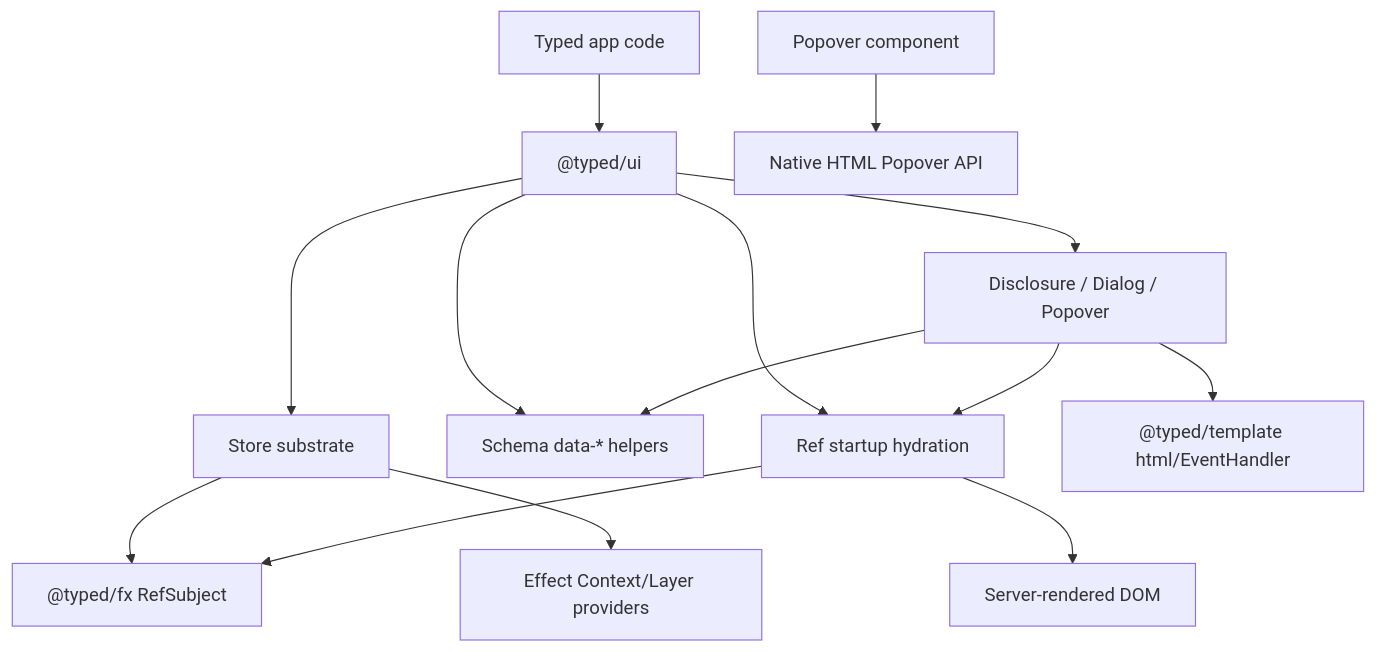
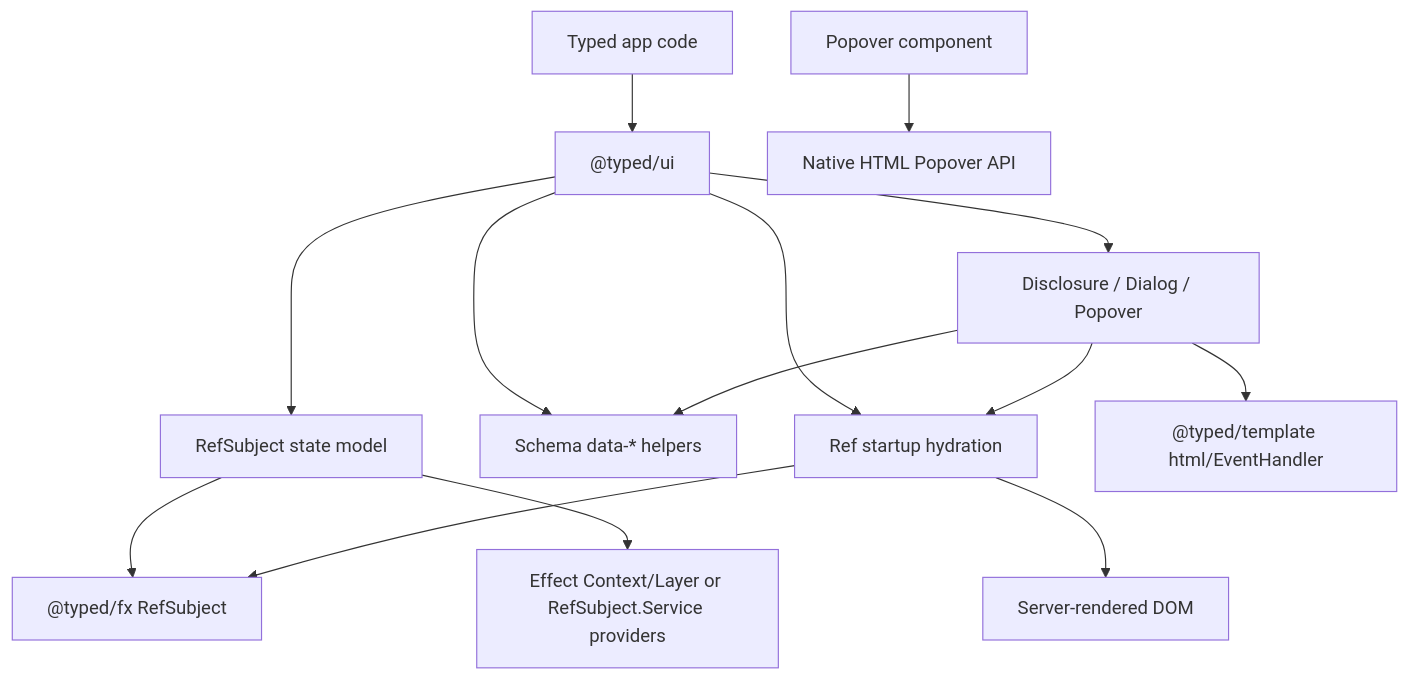
One commit to TylorS/typed-smol changed the first of 2 diagrams in .docs/workflows/20260521-2247-typed-native-ariakit-port/spec.md. Above: the diagram before and after it, drawn with Mermaid. The commit also changed other lines of this file and 3 other files, not shown here.

````diff
--- a/.docs/workflows/20260521-2247-typed-native-ariakit-port/spec.md
+++ b/.docs/workflows/20260521-2247-typed-native-ariakit-port/spec.md
@@ -144,17 +150,17 @@
 ```mermaid
 flowchart TD
   App["Typed app code"] --> UI["@typed/ui"]
-  UI --> Store["Store substrate"]
+  UI --> State["RefSubject state model"]
   UI --> DataAttr["Schema data-* helpers"]
   UI --> Startup["Ref startup hydration"]
   UI --> Components["Disclosure / Dialog / Popover"]
 
-  Store --> RefSubject["@typed/fx RefSubject"]
-  Store --> Context["Effect Context/Layer providers"]
+  State --> RefSubject["@typed/fx RefSubject"]
+  State --> Context["Effect Context/Layer or RefSubject.Service providers"]
   Components --> Template["@typed/template html/EventHandler"]
   Components --> DataAttr
   Components --> Startup
   Startup --> DOM["Server-rendered DOM"]
   Startup --> RefSubject
   Popover["Popover component"] --> NativePopover["Native HTML Popover API"]
 ```
````
